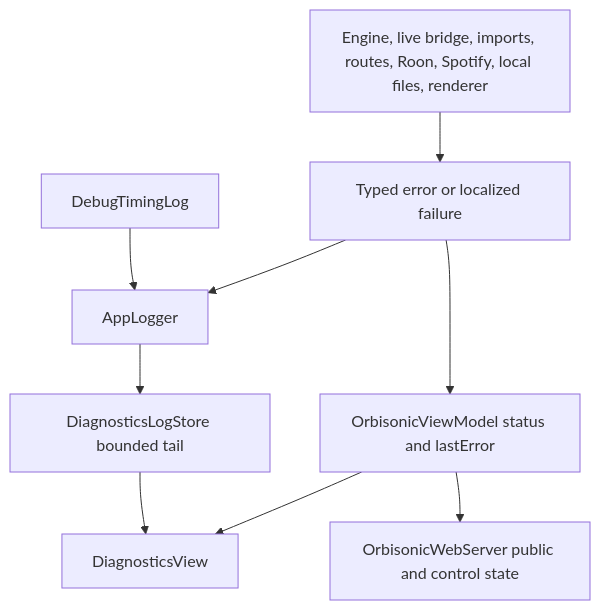
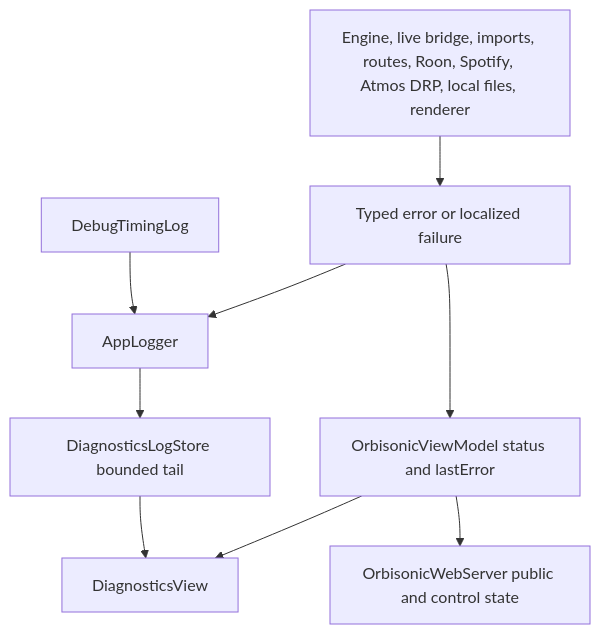
Diagram 11 of 13 in docs/system-flows.md (jebagu/Orbisonic), drawn with Mermaid before and after one commit. The commit also changed other lines of this file and 20 other files, not shown here.

````diff
--- a/docs/system-flows.md
+++ b/docs/system-flows.md
@@ -308,20 +341,20 @@
 ```mermaid
 flowchart TD
-    ErrorSource["Engine, live bridge, imports, routes, Roon, Spotify, local files, renderer"]
+    ErrorSource["Engine, live bridge, imports, routes, Roon, Spotify, Atmos DRP, local files, renderer"]
     TypedError["Typed error or localized failure"]
     VMStatus["OrbisonicViewModel status and lastError"]
     Logger["AppLogger"]
     LogStore["DiagnosticsLogStore bounded tail"]
     DebugTiming["DebugTimingLog"]
     NativeDiagnostics["DiagnosticsView"]
     WebState["OrbisonicWebServer public and control state"]
 
     ErrorSource --> TypedError
     TypedError --> VMStatus
     VMStatus --> NativeDiagnostics
     TypedError --> Logger
     Logger --> LogStore
     DebugTiming --> Logger
     LogStore --> NativeDiagnostics
     VMStatus --> WebState
 ```
````
